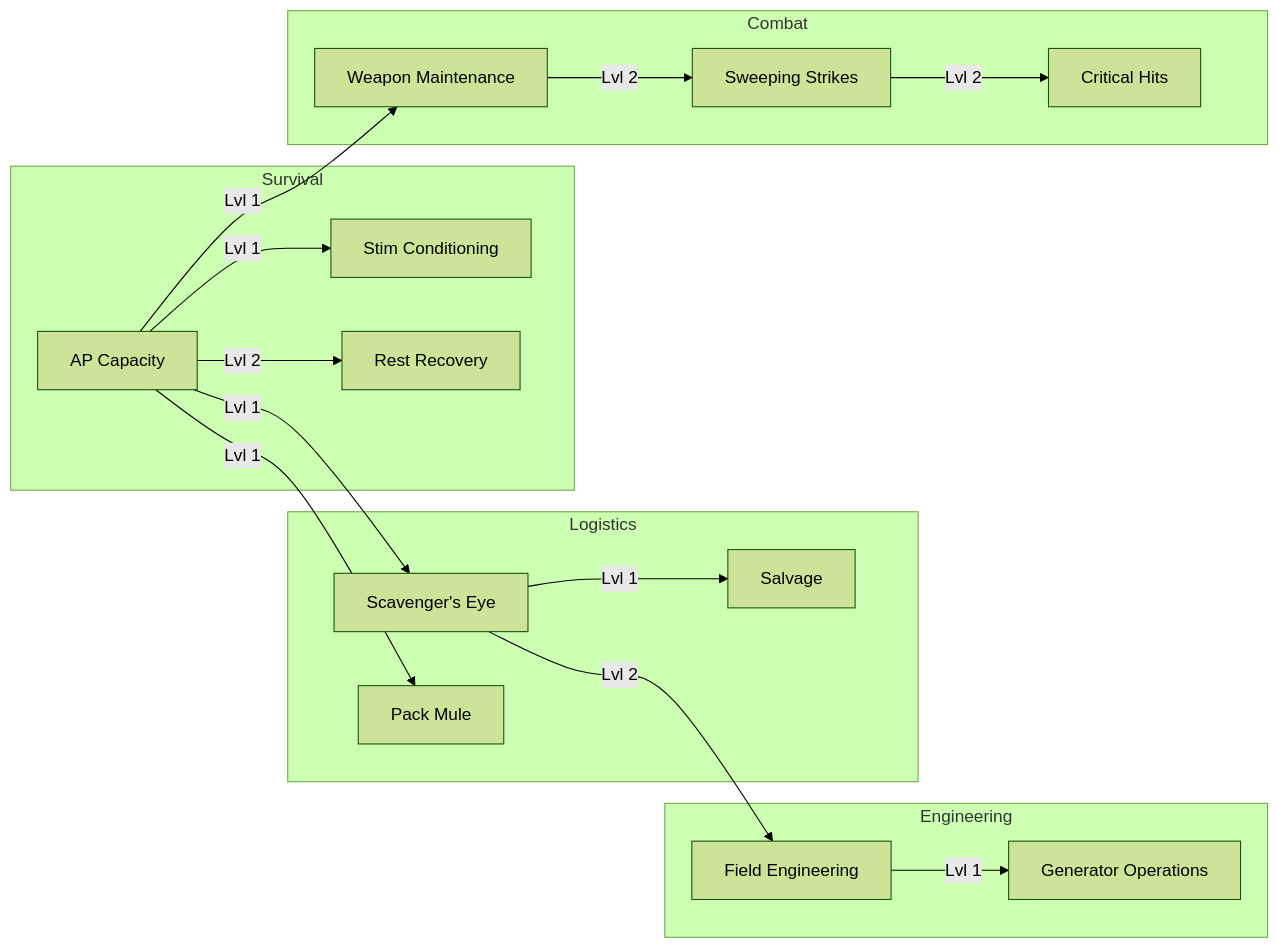
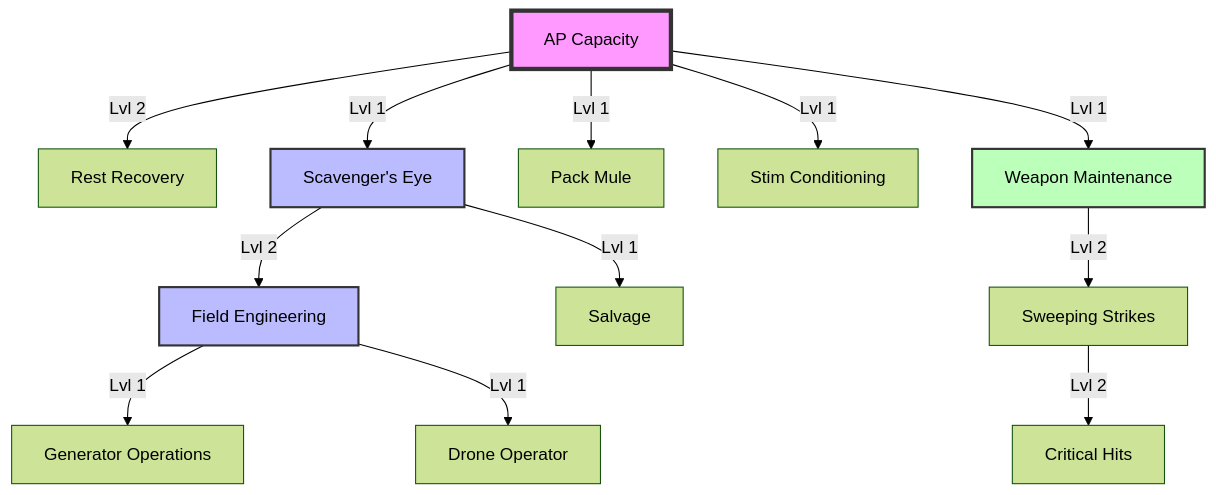
Before and after one commit to 2phost/hex-survival-wiki: the diagram in content/Skills/index.md, drawn with Mermaid (forest theme). The commit also changed other lines of this file and 110 other files, not shown here.

````diff
--- a/content/Skills/index.md
+++ b/content/Skills/index.md
@@ -10,51 +9,22 @@
 ```mermaid
-graph LR
-    subgraph S[Survival]
-        AP[AP Capacity]
-        SC[Stim Conditioning]
-        RR[Rest Recovery]
-    end
+graph TD
+    AP[AP Capacity] -->|Lvl 2| RR[Rest Recovery]
+    AP -->|Lvl 1| SE[Scavenger's Eye]
+    AP -->|Lvl 1| PM[Pack Mule]
+    AP -->|Lvl 1| SC[Stim Conditioning]
+    AP -->|Lvl 1| WM[Weapon Maintenance]
+    
+    SE -->|Lvl 2| FE[Field Engineering]
+    SE -->|Lvl 1| SL[Salvage]
+    
+    FE -->|Lvl 1| GO[Generator Operations]
+    FE -->|Lvl 1| DO[Drone Operator]
+    
+    WM -->|Lvl 2| SS[Sweeping Strikes]
+    SS -->|Lvl 2| CH[Critical Hits]
 
-    subgraph L[Logistics]
-        SE[Scavenger's Eye]
-        PM[Pack Mule]
-        SL[Salvage]
-    end
-
-    subgraph C[Combat]
-        WM[Weapon Maintenance]
-        SS[Sweeping Strikes]
-        CH[Critical Hits]
-    end
-
-    subgraph E[Engineering]
-        FE[Field Engineering]
-        GO[Generator Operations]
-    end
-
-    AP -->|Lvl 1| SE
-    AP -->|Lvl 1| PM
-    AP -->|Lvl 1| SC
-    AP -->|Lvl 1| WM
-    AP -->|Lvl 2| RR
-    
-    SE -->|Lvl 1| SL
-    SE -->|Lvl 2| FE
-    
-    FE -->|Lvl 1| GO
-    
-    WM -->|Lvl 2| SS
-    SS -->|Lvl 2| CH
-
-    click AP "/Skills/ap_capacity"
-    click RR "/Skills/rest_recovery"
-    click SC "/Skills/stim_conditioning"
-    click SE "/Skills/scavenger_eye"
-    click PM "/Skills/pack_mule"
-    click SL "/Skills/salvage"
-    click FE "/Skills/field_engineering"
-    click GO "/Skills/generator_operations"
-    click WM "/Skills/weapon_maintenance"
-    click SS "/Skills/sweeping_strikes"
-    click CH "/Skills/critical_hits"
+    style AP fill:#f9f,stroke:#333,stroke-width:4px
+    style SE fill:#bbf,stroke:#333,stroke-width:2px
+    style FE fill:#bbf,stroke:#333,stroke-width:2px
+    style WM fill:#bfb,stroke:#333,stroke-width:2px
 ```
````
